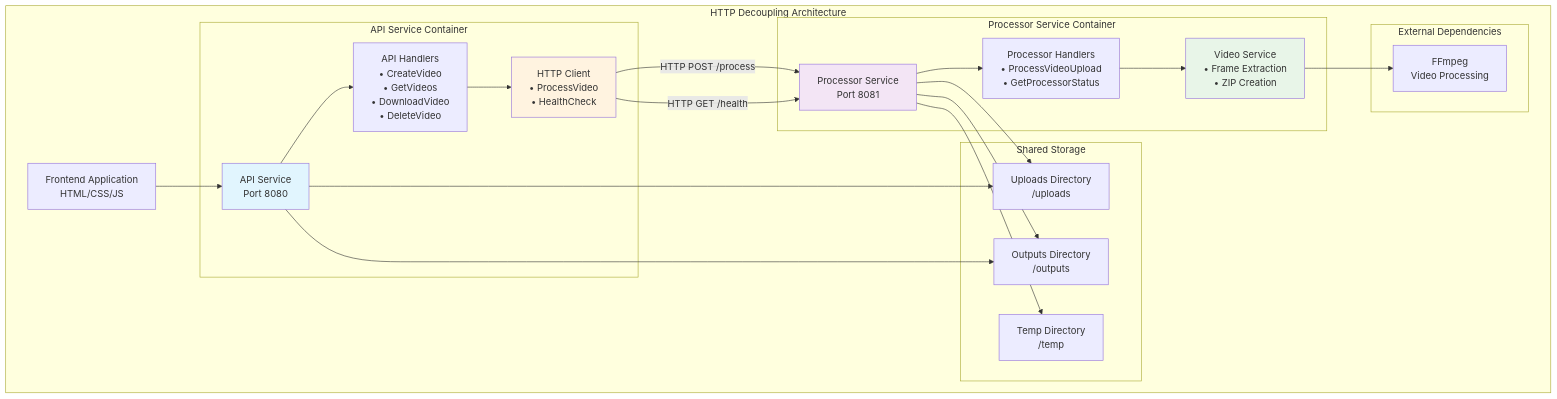
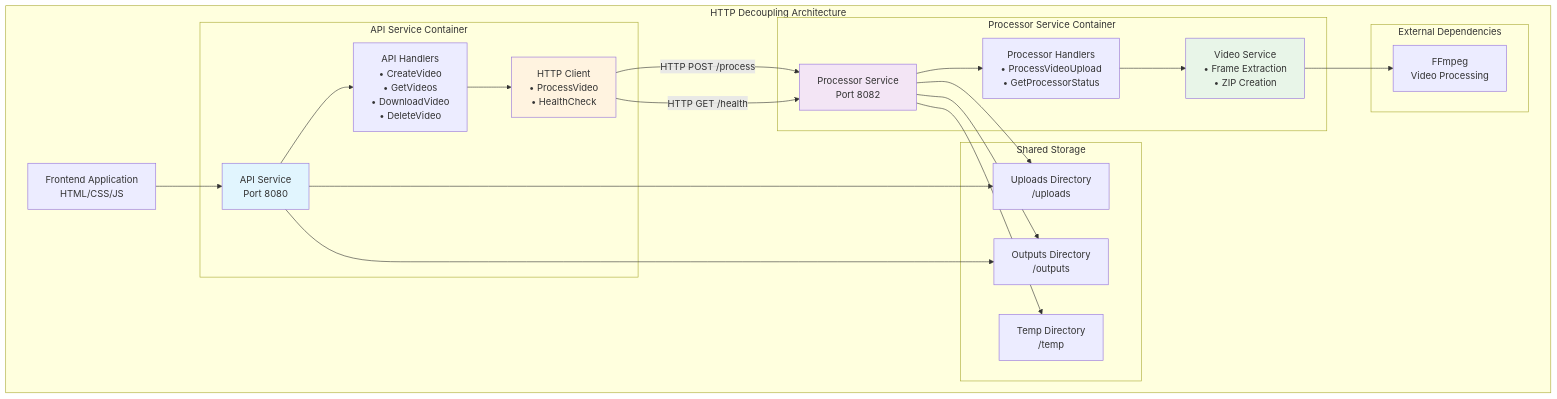
Before and after one commit to dayanyrec/videogrinder-processor: the diagram in docs/architecture.md, drawn with Mermaid. The commit also changed other lines of this file and 5 other files, not shown here.

Commit message:
Update processor port to 8082

````diff
--- a/docs/architecture.md
+++ b/docs/architecture.md
@@ -17,48 +17,48 @@
 ```mermaid
 graph TB
     subgraph "HTTP Decoupling Architecture"
         Frontend["Frontend Application<br/>HTML/CSS/JS"]
         
         subgraph "API Service Container"
             API["API Service<br/>Port 8080"]
             APIHandlers["API Handlers<br/>• CreateVideo<br/>• GetVideos<br/>• DownloadVideo<br/>• DeleteVideo"]
             HTTPClient["HTTP Client<br/>• ProcessVideo<br/>• HealthCheck"]
         end
         
         subgraph "Processor Service Container"
-            Processor["Processor Service<br/>Port 8081"]
+            Processor["Processor Service<br/>Port 8082"]
             ProcessorHandlers["Processor Handlers<br/>• ProcessVideoUpload<br/>• GetProcessorStatus"]
             VideoService["Video Service<br/>• Frame Extraction<br/>• ZIP Creation"]
         end
         
         subgraph "Shared Storage"
             Uploads["Uploads Directory<br/>/uploads"]
             Outputs["Outputs Directory<br/>/outputs"]
             Temp["Temp Directory<br/>/temp"]
         end
         
         subgraph "External Dependencies"
             FFmpeg["FFmpeg<br/>Video Processing"]
         end
     end
     
     Frontend --> API
     API --> APIHandlers
     APIHandlers --> HTTPClient
     HTTPClient -->|"HTTP POST /process"| Processor
     HTTPClient -->|"HTTP GET /health"| Processor
     Processor --> ProcessorHandlers
     ProcessorHandlers --> VideoService
     VideoService --> FFmpeg
     
     API --> Uploads
     API --> Outputs
     Processor --> Uploads
     Processor --> Outputs
     Processor --> Temp
     
     style API fill:#e1f5fe
     style Processor fill:#f3e5f5
     style HTTPClient fill:#fff3e0
     style VideoService fill:#e8f5e8
 ```
````
